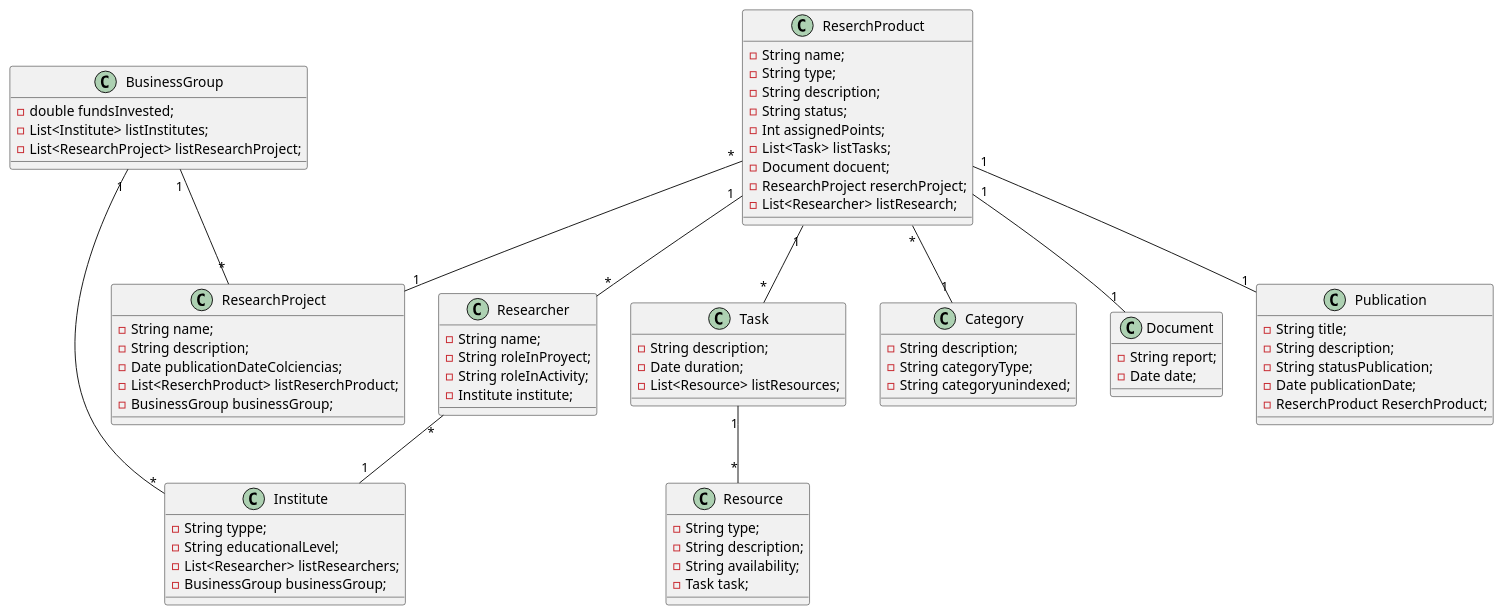
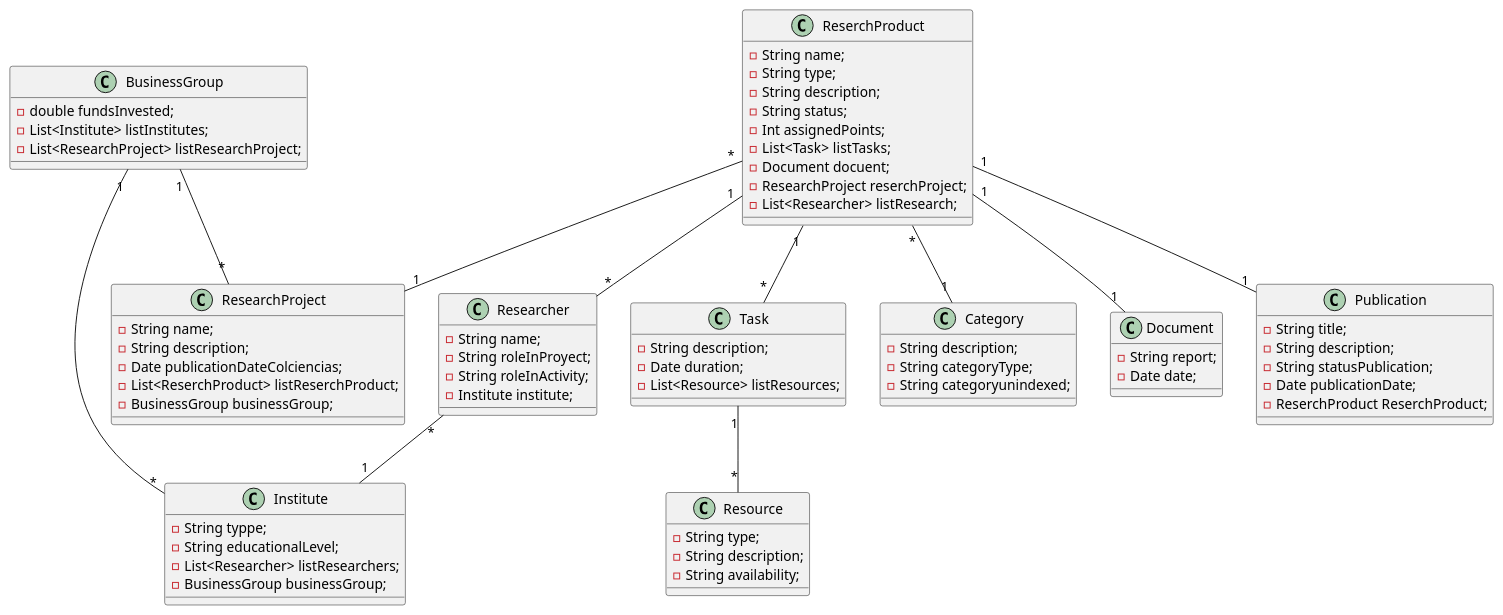
One commit to Juan-J-Barraza/educacion_java changed the diagram in diagrama.plantuml. Above: the diagram before and after it, drawn with PlantUML. The commit also changed 3 other files, not shown here.

```diff
--- a/diagrama.plantuml
+++ b/diagrama.plantuml
@@ -1,95 +1,94 @@
 @startuml "ejercicio 30"
 
 class Institute{
     - String typpe;
     - String educationalLevel;
     - List<Researcher> listResearchers;
     - BusinessGroup businessGroup;
 }
 
 
 class BusinessGroup {
     - double fundsInvested;
     - List<Institute> listInstitutes;
     - List<ResearchProject> listResearchProject;
 }
 
 class ResearchProject {
     - String name;
     - String description;
     - Date publicationDateColciencias;
     - List<ReserchProduct> listReserchProduct;
     - BusinessGroup businessGroup;
 }
 
 class ReserchProduct {
     - String name;
     - String type;
     - String description;
     - String status;
     - Int assignedPoints;
     - List<Task> listTasks;
     - Document docuent;
     - ResearchProject reserchProject;
     - List<Researcher> listResearch;
 
 }
 
 class Researcher {
     - String name;
     - String roleInProyect;
     - String roleInActivity;
     - Institute institute;
 
 }
 
 class Task {
     - String description;
     - Date duration;
     - List<Resource> listResources;
 }
 
 class Resource {
     - String type;
     - String description;
     - String availability;
-    - Task task;
 
 }
 
 class Category {
     - String description;
     - String categoryType;
     - String categoryunindexed;
 }
 
 class Document {
     - String report;
     - Date date;
 }
 
 class Publication {
     - String title;
     - String description;
     - String statusPublication;
     - Date publicationDate;
     - ReserchProduct ReserchProduct;
 }
 
 
 
 
 Task "1" -- "*" Resource
 ReserchProduct "1" -- "*" Task
 ReserchProduct "1" -- "1" Document
 ReserchProduct "*" -- "1" Category
 ReserchProduct "1" -- "1" Publication
 ReserchProduct "*" -- "1" ResearchProject
 ReserchProduct "1" -- "*" Researcher
 Researcher "*" -- "1" Institute
 BusinessGroup "1" -- "*" Institute
 BusinessGroup "1" -- "*" ResearchProject
 
 
 
 @enduml
```
